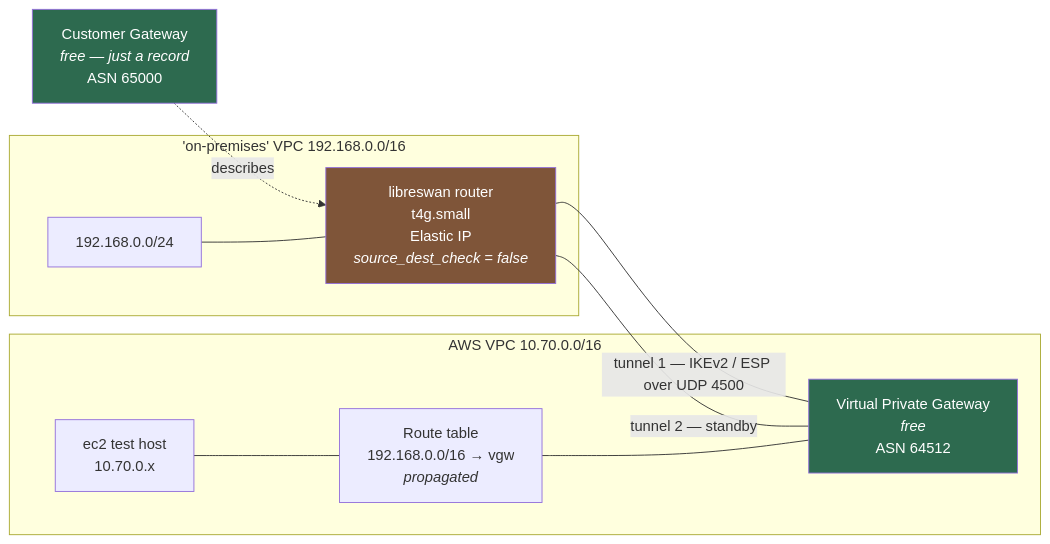
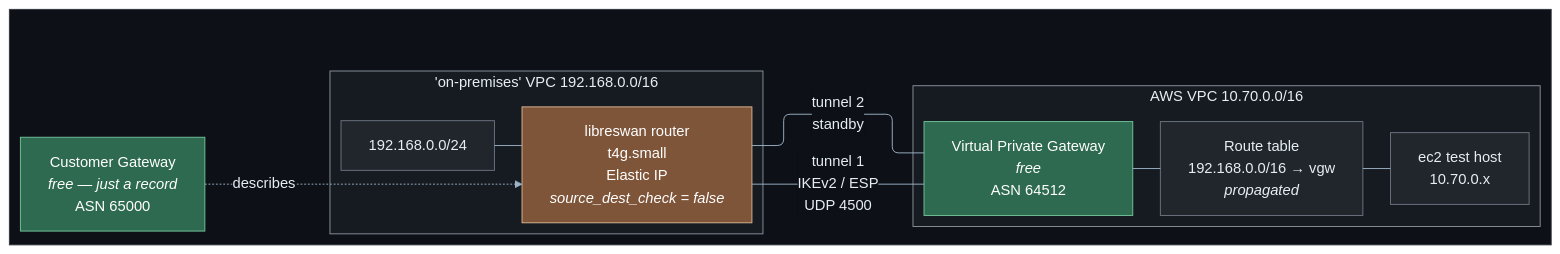
One commit to HuyNguyen260398/aws-network-architecture changed the first of 2 diagrams in labs/07-hybrid-networking/README.md. Above: the diagram before and after it, drawn with Mermaid. The commit also changed other lines of this file and 13 other files, not shown here.

First line of the commit message:
docs(diagrams): restyle all Mermaid diagrams for dark mode and orthogonal lines

````diff
--- a/labs/07-hybrid-networking/README.md
+++ b/labs/07-hybrid-networking/README.md
@@ -37,25 +37,51 @@
 ```mermaid
-graph LR
-    subgraph ONPREM["'on-premises' VPC 192.168.0.0/16"]
-        RTR["libreswan router<br/>t4g.small<br/>Elastic IP<br/><i>source_dest_check = false</i>"]
-        LAN["192.168.0.0/24"]
+---
+config:
+  layout: elk
+  theme: base
+  themeVariables:
+    lineColor: "#9fb3c8"
+    textColor: "#e6edf3"
+    primaryColor: "#21262d"
+    primaryTextColor: "#e6edf3"
+    primaryBorderColor: "#6e7681"
+    edgeLabelBackground: "#0d1117"
+    clusterBkg: "#161b22"
+    clusterBorder: "#6e7681"
+    titleColor: "#e6edf3"
+  flowchart:
+    curve: rounded
+    wrappingWidth: 420
+---
+flowchart LR
+    subgraph CANVAS[" "]
+        subgraph ONPREM["'on-premises' VPC 192.168.0.0/16"]
+            RTR["libreswan router<br/>t4g.small<br/>Elastic IP<br/><i>source_dest_check = false</i>"]
+            LAN["192.168.0.0/24"]
+        end
+
+        subgraph AWS["AWS VPC 10.70.0.0/16"]
+            VGW["Virtual Private Gateway<br/><i>free</i><br/>ASN 64512"]
+            HOST["ec2 test host<br/>10.70.0.x"]
+            RT["Route table<br/>192.168.0.0/16 → vgw<br/><i>propagated</i>"]
+        end
+
+        CGW["Customer Gateway<br/><i>free — just a record</i><br/>ASN 65000"]
     end
 
-    subgraph AWS["AWS VPC 10.70.0.0/16"]
-        VGW["Virtual Private Gateway<br/><i>free</i><br/>ASN 64512"]
-        HOST["ec2 test host<br/>10.70.0.x"]
-        RT["Route table<br/>192.168.0.0/16 → vgw<br/><i>propagated</i>"]
-    end
+    CGW -.describes.-> RTR
+    LAN --- RTR
+    RTR ---|"tunnel 1<br/>IKEv2 / ESP<br/>UDP 4500"| VGW
+    RTR ---|"tunnel 2<br/>standby"| VGW
+    VGW --- RT --- HOST
 
-    CGW["Customer Gateway<br/><i>free — just a record</i><br/>ASN 65000"]
+    classDef canvas fill:#0d1117,stroke:#30363d,color:#e6edf3
+    classDef vpc fill:#161b22,stroke:#8b949e,color:#e6edf3
+    classDef free fill:#2d6a4f,stroke:#74c69d,color:#fff
+    classDef private fill:#7f5539,stroke:#ddb892,color:#fff
 
-    RTR ---|"tunnel 1 — IKEv2 / ESP over UDP 4500"| VGW
-    RTR ---|"tunnel 2 — standby"| VGW
-    CGW -.describes.-> RTR
-    HOST --- RT --- VGW
-    LAN --- RTR
-
-    style VGW fill:#2d6a4f,color:#fff
-    style CGW fill:#2d6a4f,color:#fff
-    style RTR fill:#7f5539,color:#fff
+    class CANVAS canvas
+    class ONPREM,AWS vpc
+    class VGW,CGW free
+    class RTR private
 ```
````
